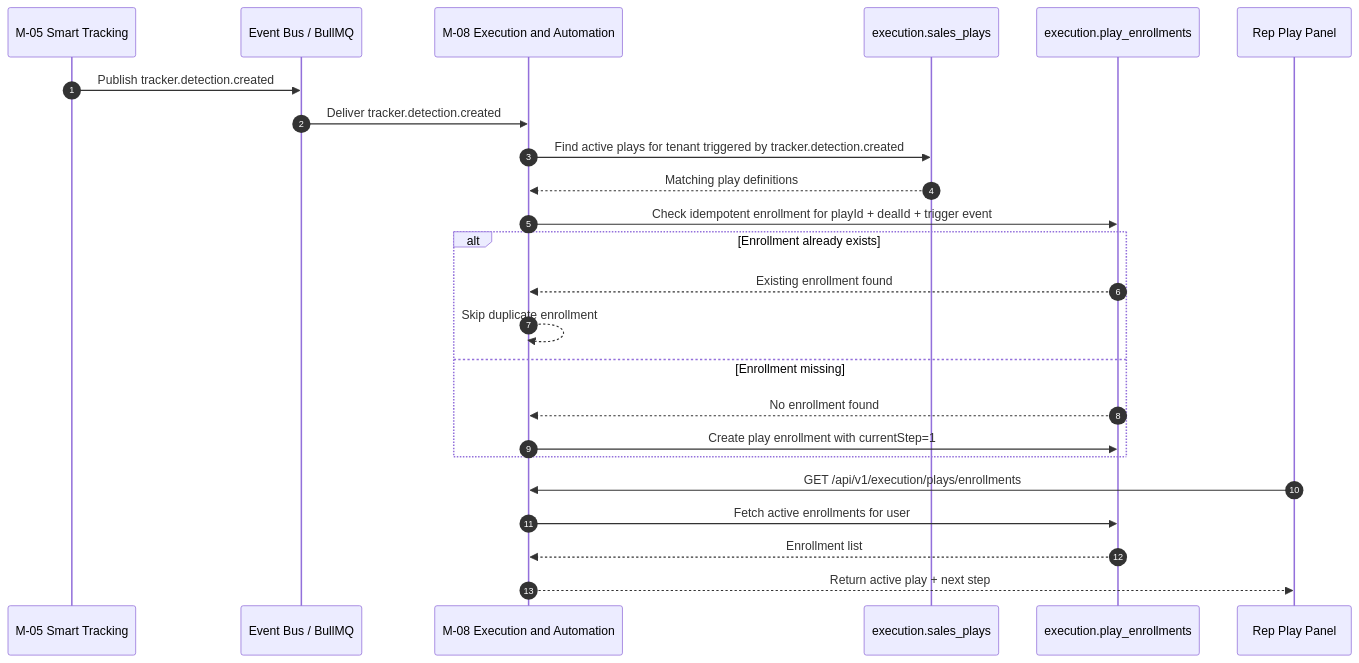
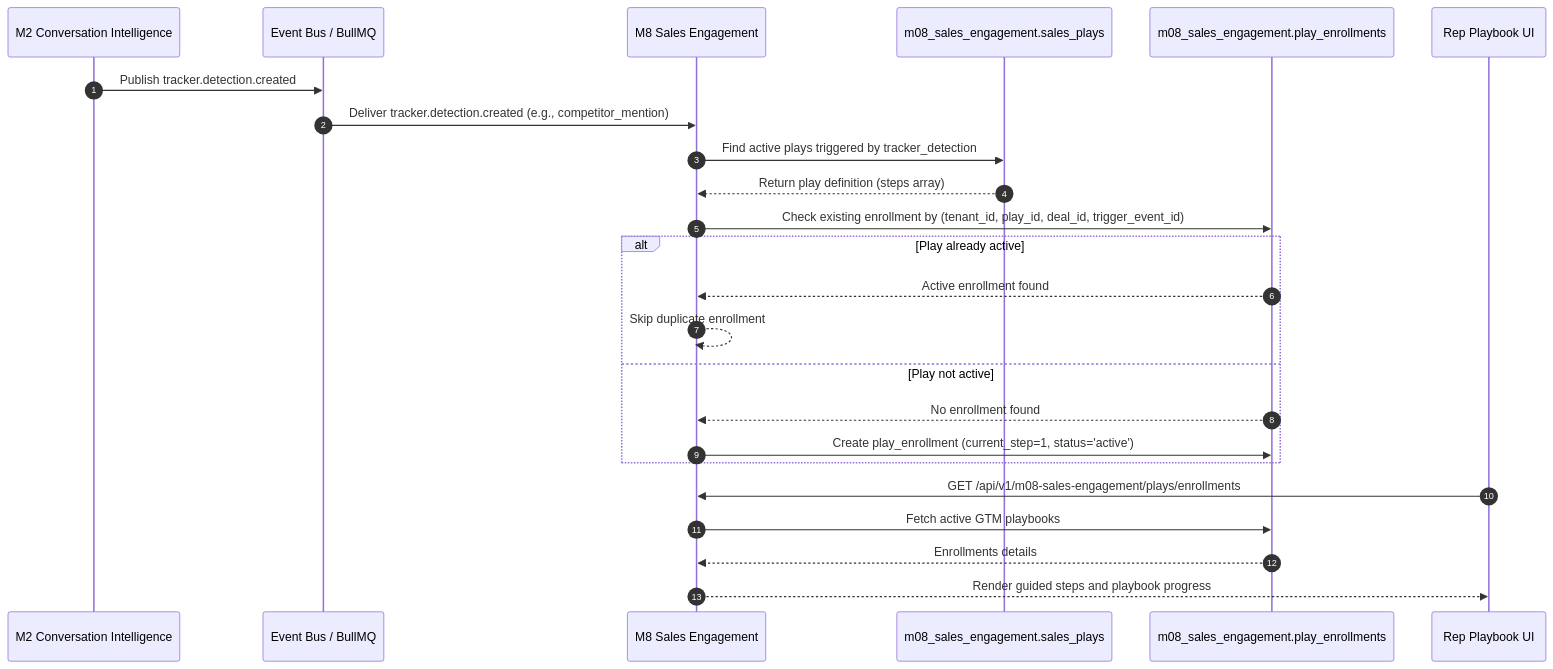
One commit to PoojaTiwari09/FB-and-RP-Fixes changed the third of 5 diagrams in Reference documents/M8 Sales Engagement/Sequence Diagrams M8 flows.md. Above: the diagram before and after it, drawn with Mermaid. The commit also changed other lines of this file and 79 other files, not shown here.

````diff
--- a/Reference documents/M8 Sales Engagement/Sequence Diagrams M8 flows.md
+++ b/Reference documents/M8 Sales Engagement/Sequence Diagrams M8 flows.md
@@ -115,27 +99,27 @@
 ```mermaid
 sequenceDiagram
     autonumber
-    participant M05 as M-05 Smart Tracking
+    participant M2 as M2 Conversation Intelligence
     participant BUS as Event Bus / BullMQ
-    participant M08 as M-08 Execution and Automation
-    participant DB1 as execution.sales_plays
-    participant DB2 as execution.play_enrollments
-    participant UI as Rep Play Panel
+    participant M8 as M8 Sales Engagement
+    participant SP as m08_sales_engagement.sales_plays
+    participant PE as m08_sales_engagement.play_enrollments
+    participant UI as Rep Playbook UI
 
-    M05->>BUS: Publish tracker.detection.created
-    BUS->>M08: Deliver tracker.detection.created
-    M08->>DB1: Find active plays for tenant triggered by tracker.detection.created
-    DB1-->>M08: Matching play definitions
-    M08->>DB2: Check idempotent enrollment for playId + dealId + trigger event
-    alt Enrollment already exists
-        DB2-->>M08: Existing enrollment found
-        M08-->>M08: Skip duplicate enrollment
-    else Enrollment missing
-        DB2-->>M08: No enrollment found
-        M08->>DB2: Create play enrollment with currentStep=1
+    M2->>BUS: Publish tracker.detection.created
+    BUS->>M8: Deliver tracker.detection.created (e.g., competitor_mention)
+    M8->>SP: Find active plays triggered by tracker_detection
+    SP-->>M8: Return play definition (steps array)
+    M8->>PE: Check existing enrollment by (tenant_id, play_id, deal_id, trigger_event_id)
+    alt Play already active
+        PE-->>M8: Active enrollment found
+        M8-->>M8: Skip duplicate enrollment
+    else Play not active
+        PE-->>M8: No enrollment found
+        M8->>PE: Create play_enrollment (current_step=1, status='active')
     end
-    UI->>M08: GET /api/v1/execution/plays/enrollments
-    M08->>DB2: Fetch active enrollments for user
-    DB2-->>M08: Enrollment list
-    M08-->>UI: Return active play + next step
+    UI->>M8: GET /api/v1/m08-sales-engagement/plays/enrollments
+    M8->>PE: Fetch active GTM playbooks
+    PE-->>M8: Enrollments details
+    M8-->>UI: Render guided steps and playbook progress
 ```
````
